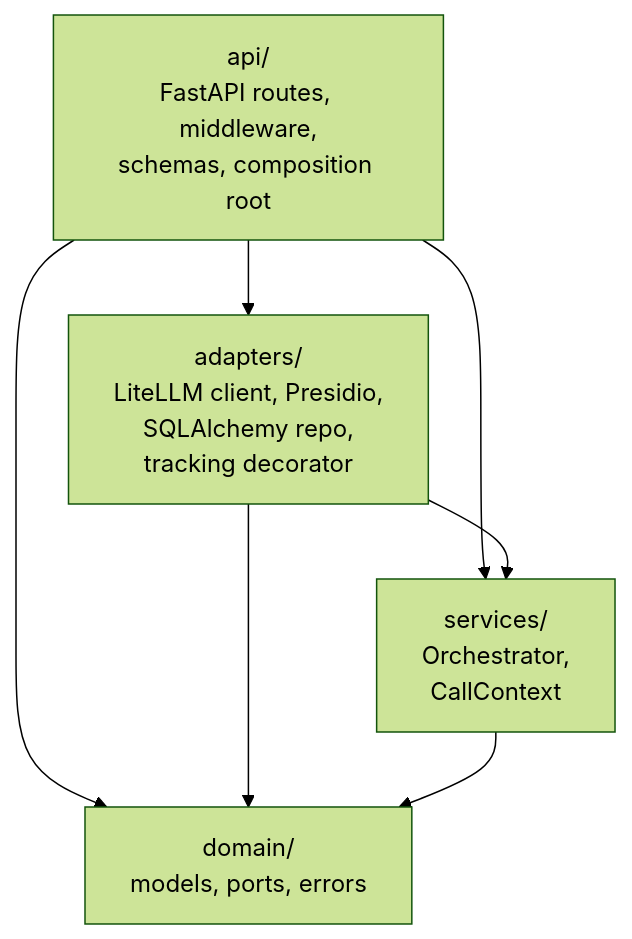
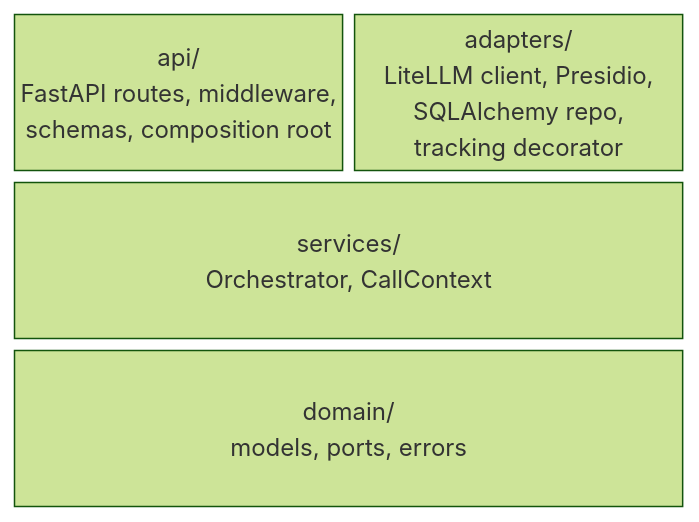
Before and after one commit to rodekruis/qualitative-feedback-analysis: the diagram in docs/architecture/01-architecture-style.md, drawn with Mermaid (forest theme). The commit also changed 7 other files, not shown here.

First line of the commit message:
docs: slim README to entry-point and add developer guide + release-flow

````diff
--- a/docs/architecture/01-architecture-style.md
+++ b/docs/architecture/01-architecture-style.md
@@ -17,14 +17,8 @@
 ```mermaid
-flowchart TD
+block-beta
+    columns 2
     api["api/<br/>FastAPI routes, middleware,<br/>schemas, composition root"]
     adapters["adapters/<br/>LiteLLM client, Presidio,<br/>SQLAlchemy repo,<br/>tracking decorator"]
-    services["services/<br/>Orchestrator,<br/>CallContext"]
-    domain["domain/<br/>models, ports, errors"]
-
-    api --> adapters
-    api --> services
-    api --> domain
-    adapters --> services
-    adapters --> domain
-    services --> domain
+    services["services/<br/>Orchestrator, CallContext"]:2
+    domain["domain/<br/>models, ports, errors"]:2
 ```
````
